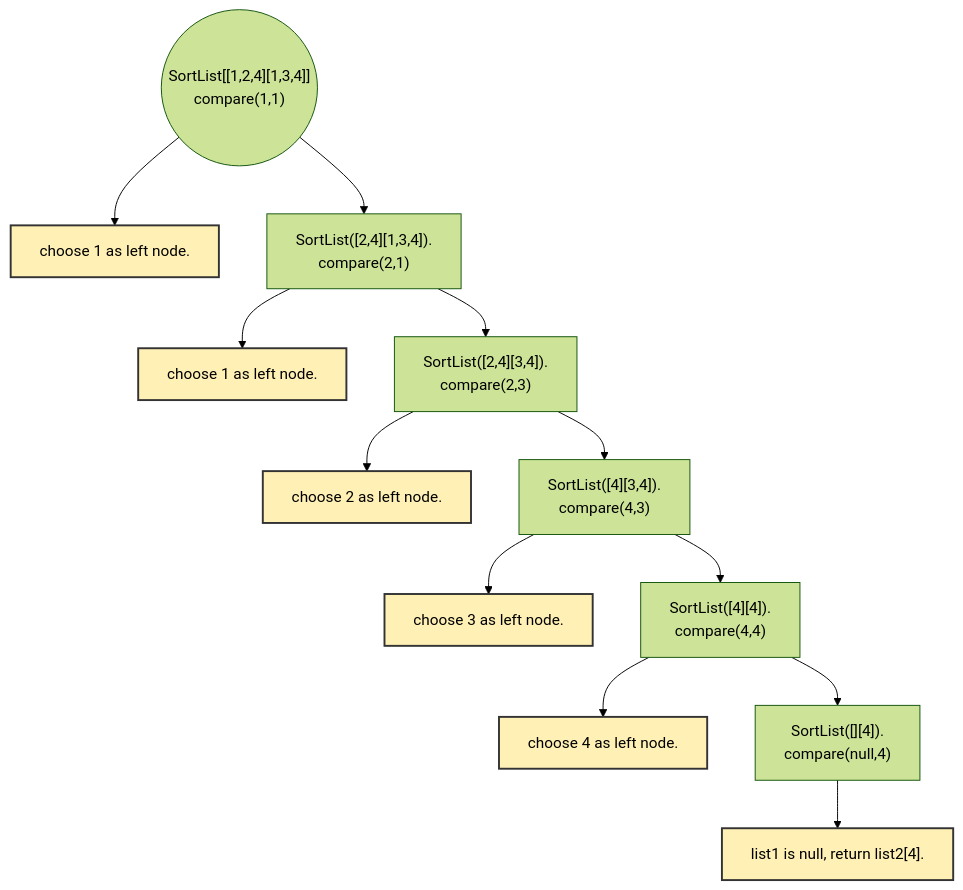
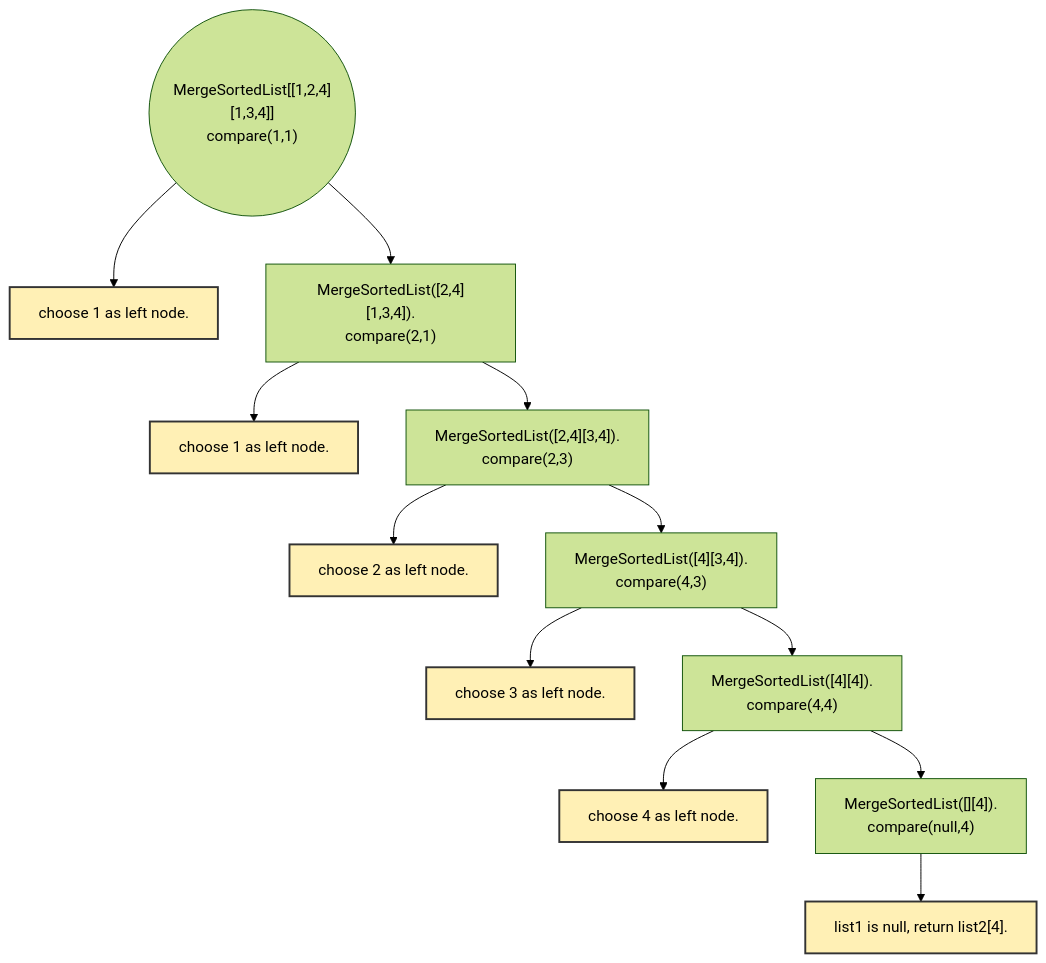
The diagram in merge-two-sorted-lists/README.md (internetms52/leetcode-notes), drawn with Mermaid (forest theme) before and after one commit. The commit also changed 1 other file, not shown here.

````diff
--- a/merge-two-sorted-lists/README.md
+++ b/merge-two-sorted-lists/README.md
@@ -31,16 +31,16 @@
 ```mermaid
 flowchart TD
-  root(("SortList[[1,2,4][1,3,4]]<br>compare(1,1)"))-->A["choose 1 as left node."]:::yellow
-  root-->B["SortList([2,4][1,3,4]).<br>compare(2,1)"]
+  root(("MergeSortedList[[1,2,4][1,3,4]]<br>compare(1,1)"))-->A["choose 1 as left node."]:::yellow
+  root-->B["MergeSortedList([2,4][1,3,4]).<br>compare(2,1)"]
   B-->C["choose 1 as left node."]:::yellow
-  B-->D["SortList([2,4][3,4]).<br>compare(2,3)"]
+  B-->D["MergeSortedList([2,4][3,4]).<br>compare(2,3)"]
   D-->E["choose 2 as left node."]:::yellow
-  D-->F["SortList([4][3,4]).<br>compare(4,3)"]
+  D-->F["MergeSortedList([4][3,4]).<br>compare(4,3)"]
   F-->G["choose 3 as left node."]:::yellow
-  F-->H["SortList([4][4]).<br>compare(4,4)"]
+  F-->H["MergeSortedList([4][4]).<br>compare(4,4)"]
   H-->I["choose 4 as left node."]:::yellow
-  H-->J["SortList([][4]).<br>compare(null,4)"]
+  H-->J["MergeSortedList([][4]).<br>compare(null,4)"]
   J-->K["list1 is null, return list2[4]."]:::yellow
 
 classDef yellow fill:#FFF0B5,stroke:#333,stroke-width:2px
 ```
````
